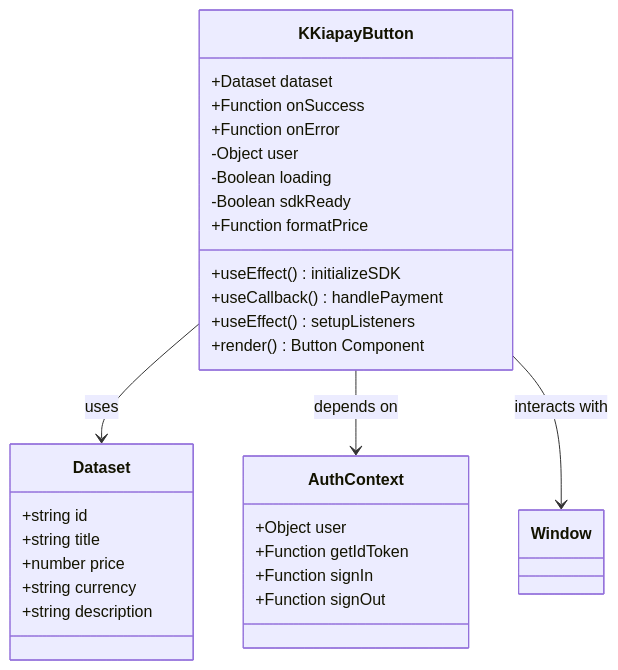
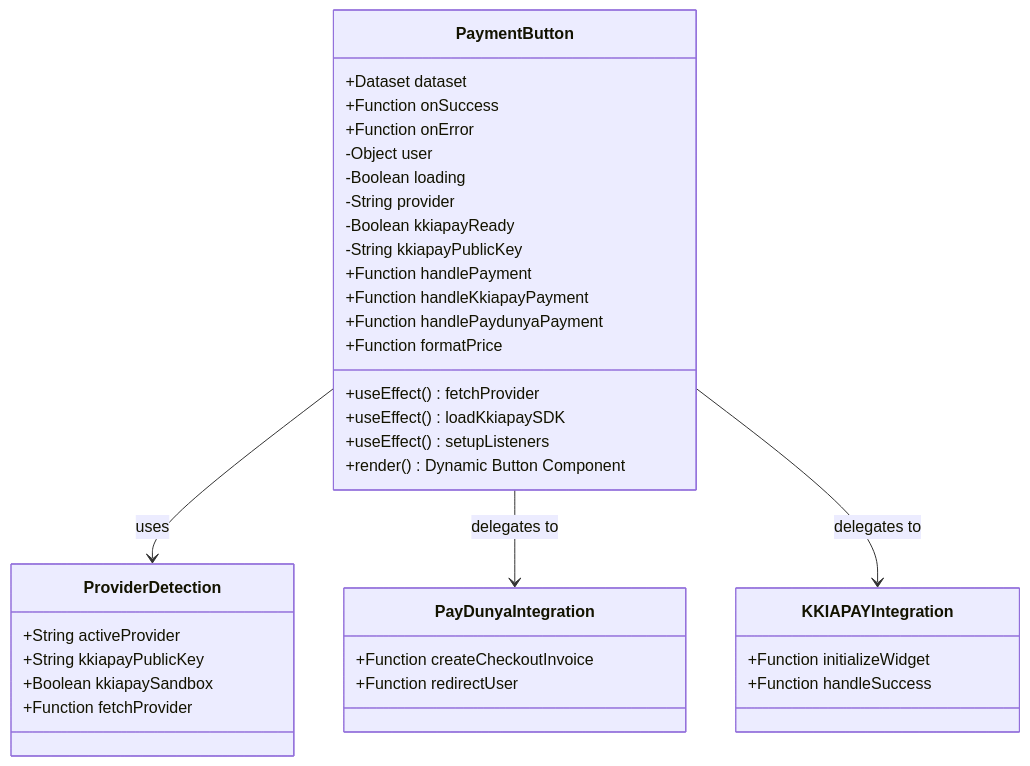
The third of 12 diagrams in .qoder/repowiki/en/content/Payment System/KKIAPAY Integration.md (alikizang/datafrica), drawn with Mermaid before and after one commit. The commit also changed other lines of this file and 21 other files, not shown here.

````diff
--- a/.qoder/repowiki/en/content/Payment System/KKIAPAY Integration.md
+++ b/.qoder/repowiki/en/content/Payment System/KKIAPAY Integration.md
@@ -119,32 +173,38 @@
 ```mermaid
 classDiagram
-class KKiapayButton {
+class PaymentButton {
 +Dataset dataset
 +Function onSuccess
 +Function onError
 -Object user
 -Boolean loading
--Boolean sdkReady
-+useEffect() initializeSDK
-+useCallback() handlePayment
+-String provider
+-Boolean kkiapayReady
+-String kkiapayPublicKey
++useEffect() fetchProvider
++useEffect() loadKkiapaySDK
 +useEffect() setupListeners
++Function handlePayment
++Function handleKkiapayPayment
++Function handlePaydunyaPayment
 +Function formatPrice
-+render() Button Component
++render() Dynamic Button Component
 }
-class Dataset {
-+string id
-+string title
-+number price
-+string currency
-+string description
+class ProviderDetection {
++String activeProvider
++String kkiapayPublicKey
++Boolean kkiapaySandbox
++Function fetchProvider
 }
-class AuthContext {
-+Object user
-+Function getIdToken
-+Function signIn
-+Function signOut
+class PayDunyaIntegration {
++Function createCheckoutInvoice
++Function redirectUser
 }
-KKiapayButton --> Dataset : uses
-KKiapayButton --> AuthContext : depends on
-KKiapayButton --> Window : interacts with
+class KKIAPAYIntegration {
++Function initializeWidget
++Function handleSuccess
+}
+PaymentButton --> ProviderDetection : uses
+PaymentButton --> PayDunyaIntegration : delegates to
+PaymentButton --> KKIAPAYIntegration : delegates to
 ```
````
